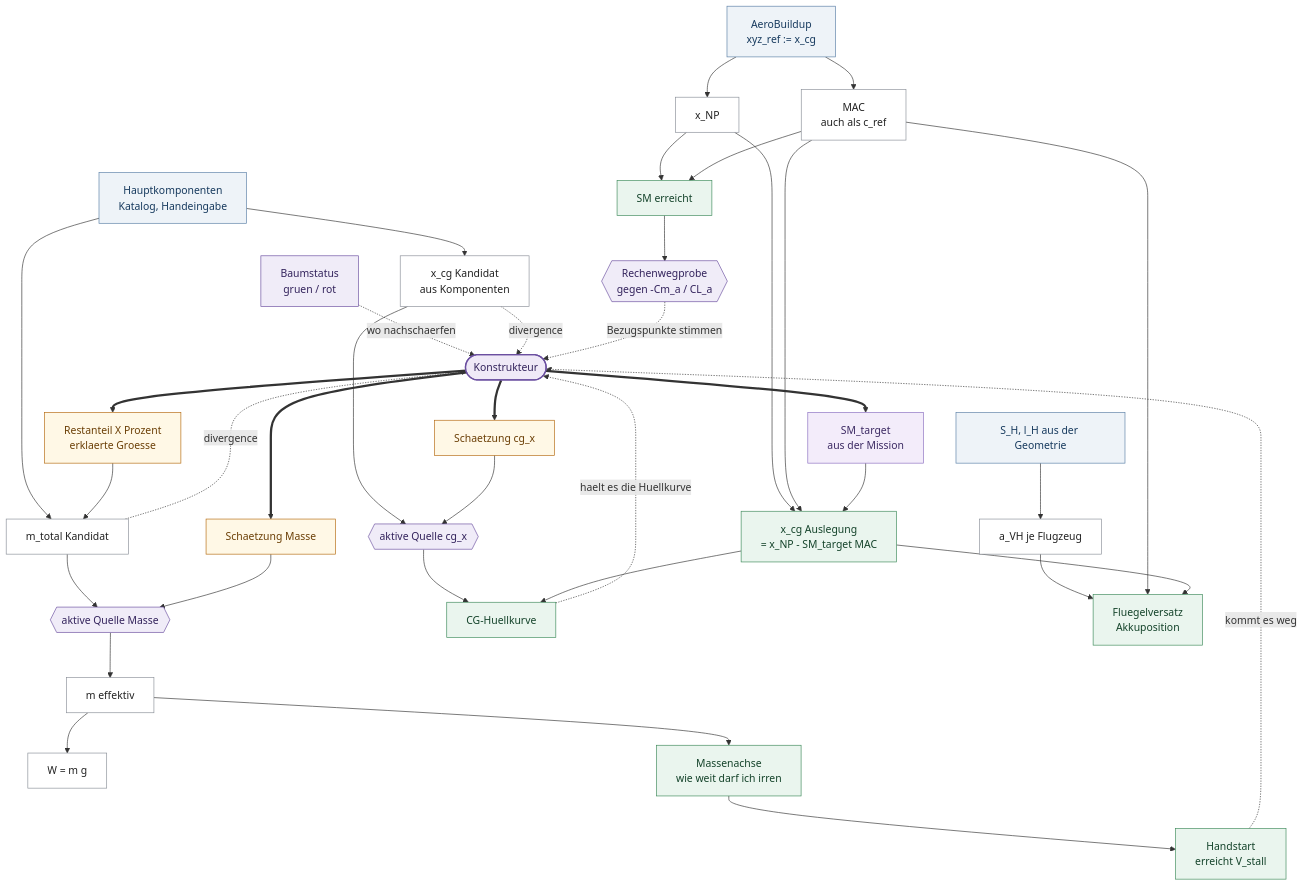
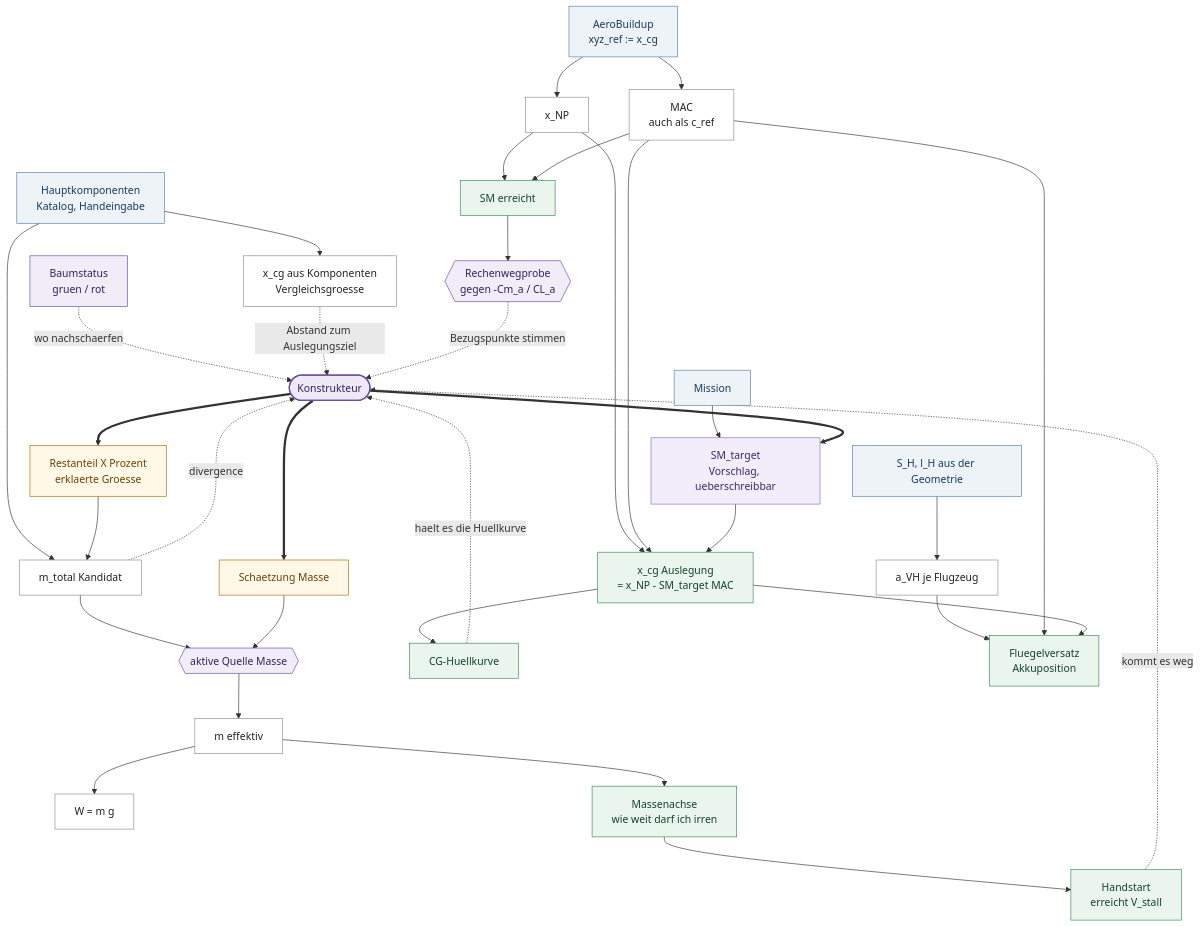
Before and after one commit to szymansk/da3Dalus: the second of 2 diagrams in _reversa_sdd/calculations/canon/PFAD3.md, drawn with Mermaid. The commit also changed other lines of this file and 1 other file, not shown here.

First line of the commit message:
docs(spec): cg_x is computed from SM_target, not estimated

````diff
--- a/_reversa_sdd/calculations/canon/PFAD3.md
+++ b/_reversa_sdd/calculations/canon/PFAD3.md
@@ -410,75 +424,72 @@
 ```mermaid
 flowchart TD
   classDef des fill:#efe9f7,stroke:#6b4fa0,stroke-width:2px,color:#33235c
   classDef choice fill:#f3ecfa,stroke:#8a6fc0,color:#3c2a63
   classDef est fill:#fff8e6,stroke:#b4690e,color:#6b3f06
   classDef drv fill:#ffffff,stroke:#8a8f98,color:#222
   classDef inp fill:#eef3f8,stroke:#5a7fa6,color:#173a5e
   classDef out fill:#eaf5ee,stroke:#3d8a5a,color:#14432a
   classDef chk fill:#f0ecf8,stroke:#6b4fa0,color:#33235c
 
   DES(["Konstrukteur"]):::des
 
-  SMT["SM_target<br/>aus der Mission"]:::choice
+  MISS["Mission"]:::inp
+  SMT["SM_target<br/>Vorschlag, ueberschreibbar"]:::choice
   ESTM["Schaetzung Masse"]:::est
-  ESTCG["Schaetzung cg_x"]:::est
 
   KOMP["Hauptkomponenten<br/>Katalog, Handeingabe"]:::inp
   REST["Restanteil X Prozent<br/>erklaerte Groesse"]:::est
   MSUM["m_total Kandidat"]:::drv
   STAT["Baumstatus<br/>gruen / rot"]:::chk
   SWM{{"aktive Quelle Masse"}}:::chk
   MEFF["m effektiv"]:::drv
   W["W = m g"]:::drv
 
   SOLV["AeroBuildup<br/>xyz_ref := x_cg"]:::inp
   XNP["x_NP"]:::drv
   MAC["MAC<br/>auch als c_ref"]:::drv
   SM["SM erreicht"]:::out
   RT{{"Rechenwegprobe<br/>gegen -Cm_a / CL_a"}}:::chk
   CGD["x_cg Auslegung<br/>= x_NP - SM_target MAC"]:::out
 
-  CGK["x_cg Kandidat<br/>aus Komponenten"]:::drv
-  SWCG{{"aktive Quelle cg_x"}}:::chk
+  CGK["x_cg aus Komponenten<br/>Vergleichsgroesse"]:::drv
   ENV["CG-Huellkurve"]:::out
   MENV["Massenachse<br/>wie weit darf ich irren"]:::out
   HAND["Handstart<br/>erreicht V_stall"]:::out
 
   SH["S_H, l_H aus der Geometrie"]:::inp
   AVH["a_VH je Flugzeug"]:::drv
   SUG["Fluegelversatz<br/>Akkuposition"]:::out
 
+  MISS --> SMT
   DES ==> SMT
   DES ==> ESTM
-  DES ==> ESTCG
   DES ==> REST
 
   KOMP --> MSUM
   REST --> MSUM
   MSUM --> SWM
   ESTM --> SWM
   SWM --> MEFF --> W
   MEFF --> MENV --> HAND
 
-  KOMP --> CGK --> SWCG
-  ESTCG --> SWCG
-  SWCG --> ENV
+  KOMP --> CGK
 
   SOLV --> XNP --> SM
   SOLV --> MAC --> SM
   SM --> RT
   XNP --> CGD
   MAC --> CGD
   SMT --> CGD --> ENV
 
   SH --> AVH --> SUG
   MAC --> SUG
   CGD --> SUG
 
   STAT -. "wo nachschaerfen" .-> DES
   MSUM -. "divergence" .-> DES
-  CGK -. "divergence" .-> DES
+  CGK -. "Abstand zum Auslegungsziel" .-> DES
   ENV -. "haelt es die Huellkurve" .-> DES
   HAND -. "kommt es weg" .-> DES
   RT -. "Bezugspunkte stimmen" .-> DES
 ```
````
